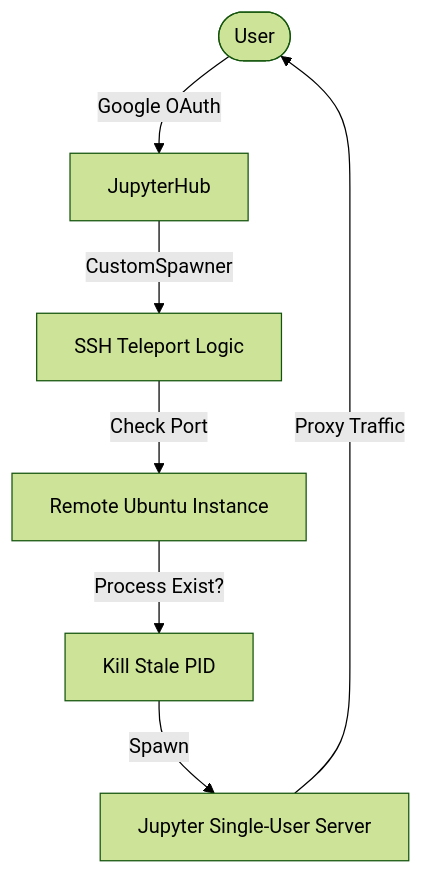
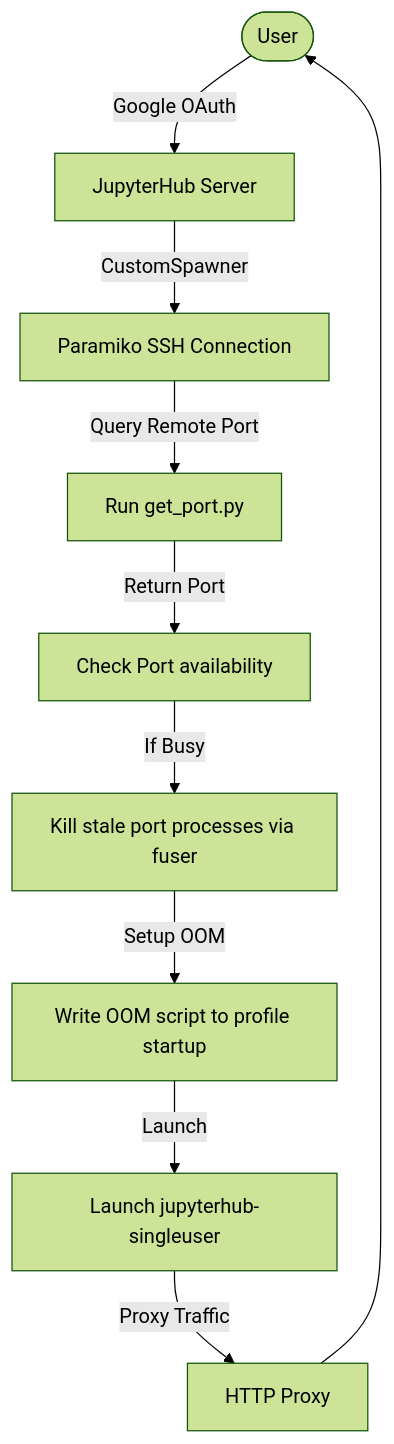
The first of 2 diagrams in README.md (wajoud/JupyterPilot), drawn with Mermaid (forest theme) before and after one commit. The commit also changed other lines of this file and 11 other files, not shown here.

````diff
--- a/README.md
+++ b/README.md
@@ -10,9 +14,12 @@
 ```mermaid
 graph TD
-    User([User]) -->|Google OAuth| Hub[JupyterHub]
-    Hub -->|CustomSpawner| SSH[SSH Teleport Logic]
-    SSH -->|Check Port| Remote[Remote Ubuntu Instance]
-    Remote -->|Process Exist?| Kill[Kill Stale PID]
-    Kill -->|Spawn| SingleUser[Jupyter Single-User Server]
-    SingleUser -->|Proxy Traffic| User
+    User([User]) -->|Google OAuth| Hub[JupyterHub Server]
+    Hub -->|CustomSpawner| SSH[Paramiko SSH Connection]
+    SSH -->|Query Remote Port| PortScript[Run get_port.py]
+    PortScript -->|Return Port| PortCheck[Check Port availability]
+    PortCheck -->|If Busy| Kill[Kill stale port processes via fuser]
+    Kill -->|Setup OOM| OOM[Write OOM script to profile startup]
+    OOM -->|Launch| SingleUser[Launch jupyterhub-singleuser]
+    SingleUser -->|Proxy Traffic| Proxy[HTTP Proxy]
+    Proxy --> User
 ```
````
